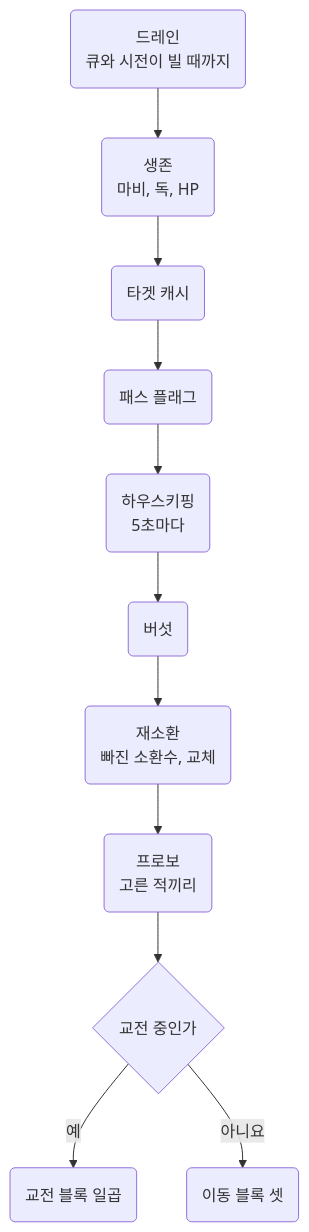
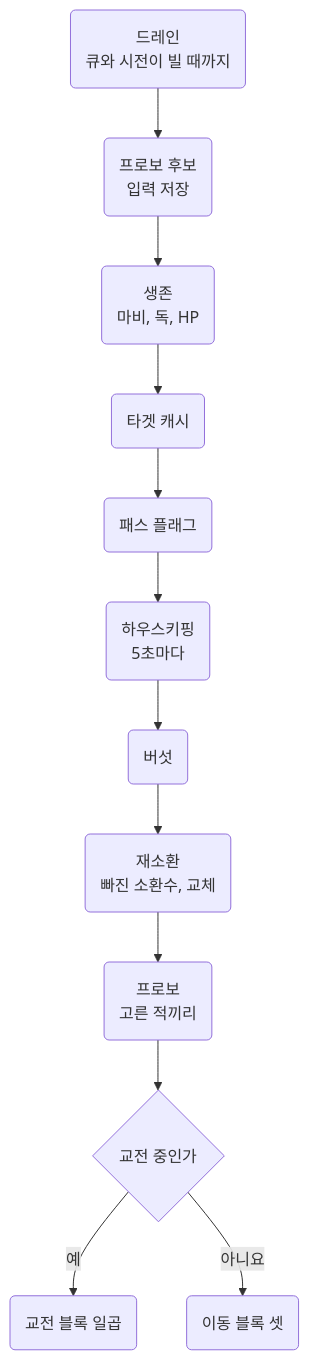
The second of 5 diagrams in document/templates/bard-necro.md (minu-ha/uoo), drawn with Mermaid before and after one commit. The commit also changed other lines of this file and 14 other files, not shown here.

````diff
--- a/document/templates/bard-necro.md
+++ b/document/templates/bard-necro.md
@@ -1127,7 +1126,7 @@
 ```mermaid
 flowchart TD
-  drain("드레인<br>큐와 시전이 빌 때까지") --> survive("생존<br>마비, 독, HP") --> cache("타겟 캐시") --> flags("패스 플래그") --> house("하우스키핑<br>5초마다")
+  drain("드레인<br>큐와 시전이 빌 때까지") --> picks("프로보 후보<br>입력 저장") --> survive("생존<br>마비, 독, HP") --> cache("타겟 캐시") --> flags("패스 플래그") --> house("하우스키핑<br>5초마다")
   house --> mush("버섯") --> resummon("재소환<br>빠진 소환수, 교체") --> provo("프로보<br>고른 적끼리") --> engaged{"교전 중인가"}
   engaged -- 예 --> combat("교전 블록 일곱")
   engaged -- 아니요 --> walk("이동 블록 셋")
 ```
````
